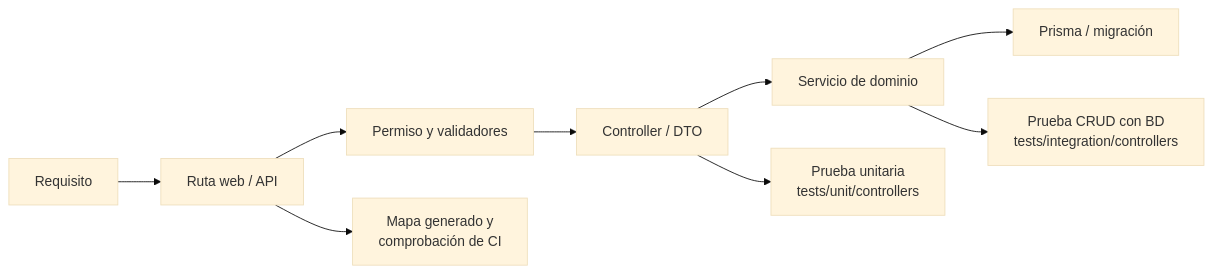
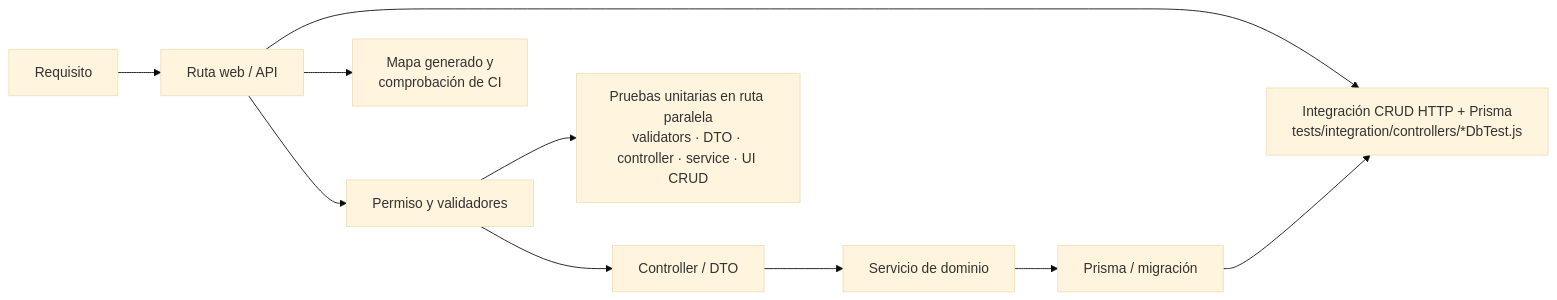
Before and after one commit to gpgsistemas01/nexus: the fourth of 4 diagrams in docs/requirements-diagrams.md, drawn with Mermaid (base theme). The commit also changed other lines of this file, not shown here.

Commit message:
docs: corrige diagramas de requisitos existentes

````diff
--- a/docs/requirements-diagrams.md
+++ b/docs/requirements-diagrams.md
@@ -91,11 +103,12 @@
 ```mermaid
 flowchart LR
     requirement["Requisito"] --> route["Ruta web / API"]
     route --> validation["Permiso y validadores"]
     validation --> controller["Controller / DTO"]
     controller --> service["Servicio de dominio"]
     service --> schema["Prisma / migración"]
-    controller --> unit["Prueba unitaria<br/>tests/unit/controllers"]
-    service --> integration["Prueba CRUD con BD<br/>tests/integration/controllers"]
+    validation --> unit["Pruebas unitarias en ruta paralela<br/>validators · DTO · controller · service · UI CRUD"]
+    route --> integration["Integración CRUD HTTP + Prisma<br/>tests/integration/controllers/*DbTest.js"]
+    schema --> integration
     route --> generated["Mapa generado y<br/>comprobación de CI"]
 ```
````
